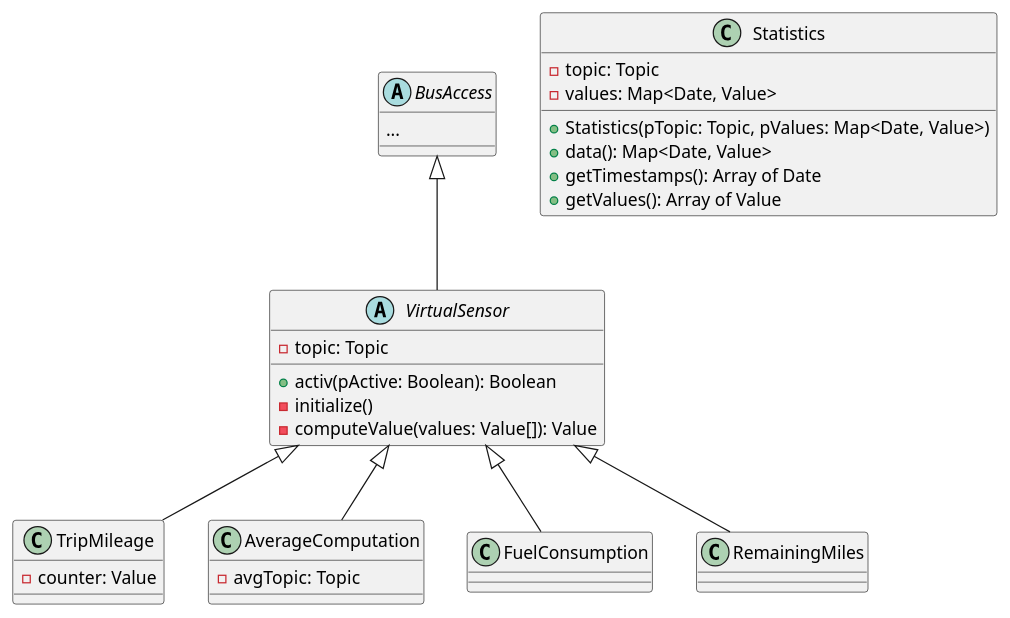
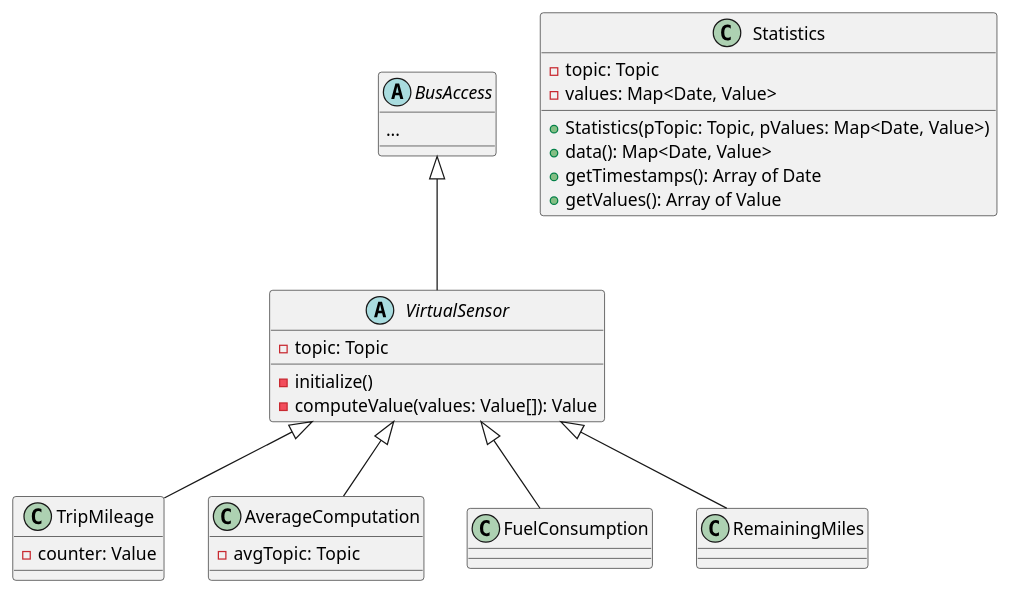
The diagram in Entwurf/diagrams/VirtualSensors.wsd (uzdry/PSE), drawn with PlantUML before and after one commit. The commit also changed 17 other files, not shown here.

Commit message:
Sequence Stats small Bus update

```diff
--- a/Entwurf/diagrams/VirtualSensors.wsd
+++ b/Entwurf/diagrams/VirtualSensors.wsd
@@ -3,39 +3,38 @@
 @startuml
 
 abstract class BusAccess {
 	...
 }
 
 abstract class VirtualSensor {
 	-topic: Topic
-	+activ(pActive: Boolean): Boolean
 	-initialize()
 	-computeValue(values: Value[]): Value
 }
 
 class TripMileage {
 	-counter: Value
 }
 
 class AverageComputation {
 	-avgTopic: Topic
 }
 
 class Statistics {
 	-topic: Topic
 	-values: Map<Date, Value>
 	+Statistics(pTopic: Topic, pValues: Map<Date, Value>)
 	+data(): Map<Date, Value>
 	+getTimestamps(): Array of Date
 	+getValues(): Array of Value
 }
 
 
 VirtualSensor <|-- FuelConsumption
 VirtualSensor <|-- TripMileage
 VirtualSensor <|-- AverageComputation
 VirtualSensor <|-- RemainingMiles
 
 BusAccess <|-- VirtualSensor
 
 @enduml
```
